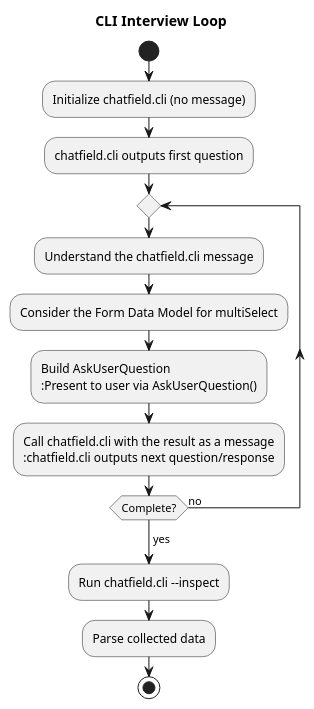
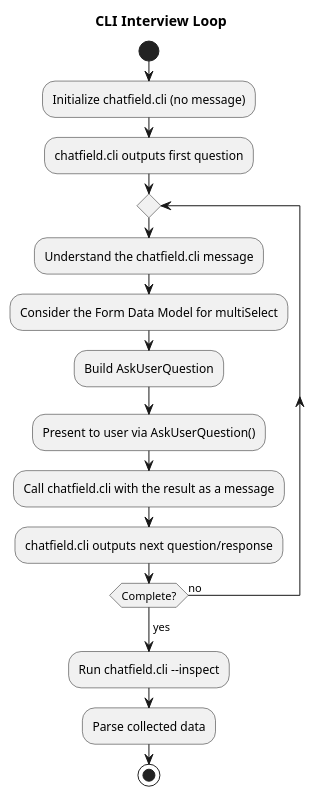
Before and after one commit to jhs/Chatfield: the diagram in Claude/filling-pdf-forms/skills/filling-pdf-forms/references/CLI-INTERVIEW-LOOP.md, drawn with PlantUML.

Commit message:
Fix plantuml syntax errors

````diff
--- a/Claude/filling-pdf-forms/skills/filling-pdf-forms/references/CLI-INTERVIEW-LOOP.md
+++ b/Claude/filling-pdf-forms/skills/filling-pdf-forms/references/CLI-INTERVIEW-LOOP.md
@@ -13,20 +13,20 @@
 ```plantuml
-@startuml cli-interview-loop
+@startuml CLI-INTERVIEW-LOOP
 title CLI Interview Loop
 start
 :Initialize chatfield.cli (no message);
 :chatfield.cli outputs first question;
 repeat
   :Understand the chatfield.cli message;
   :Consider the Form Data Model for multiSelect;
-  :Build AskUserQuestion
+  :Build AskUserQuestion;
   :Present to user via AskUserQuestion();
-  :Call chatfield.cli with the result as a message
+  :Call chatfield.cli with the result as a message;
   :chatfield.cli outputs next question/response;
 repeat while (Complete?) is (no)
 ->yes;
 :Run chatfield.cli --inspect;
 :Parse collected data;
 stop
 @enduml
 ```
````
